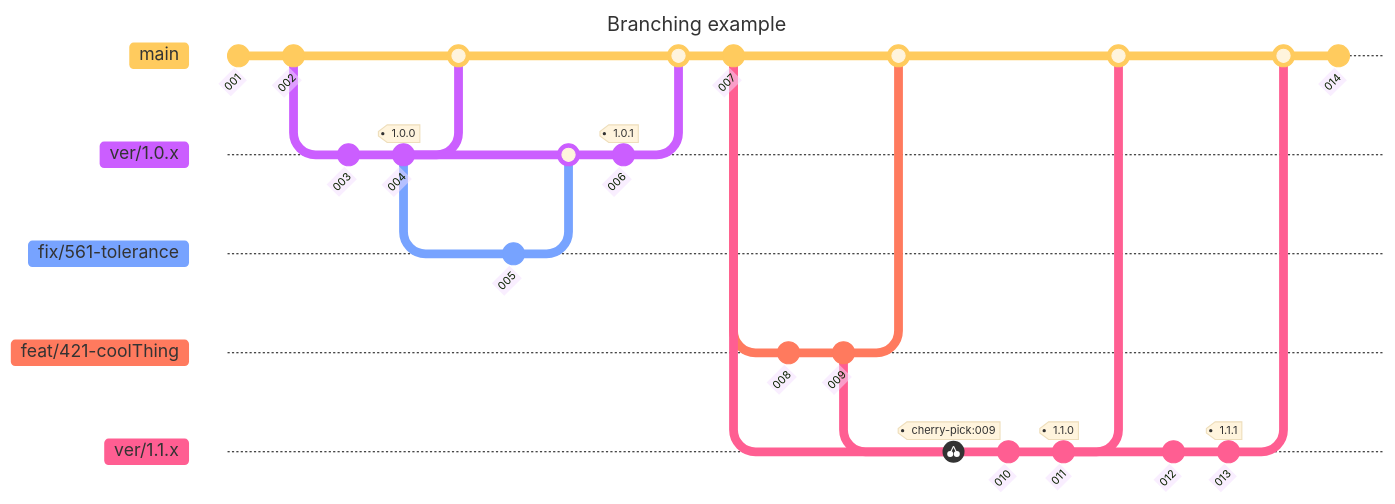
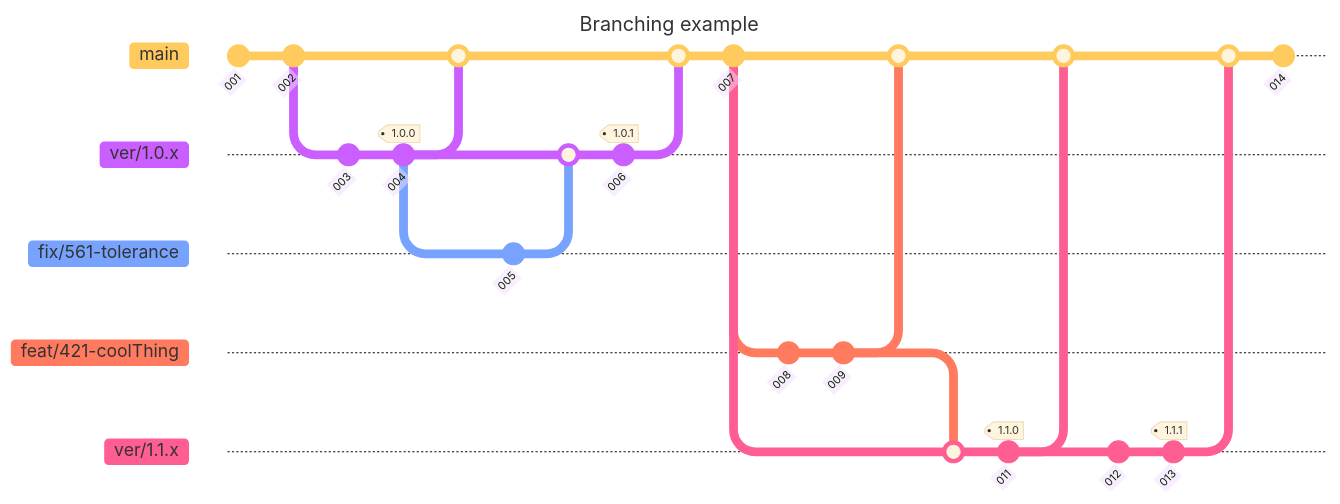
One commit to buildingSMART/template changed the diagram in .github/BRANCHING.md. Above: the diagram before and after it, drawn with Mermaid.

````diff
--- a/.github/BRANCHING.md
+++ b/.github/BRANCHING.md
@@ -32,48 +32,48 @@
 ```mermaid
 ---
 title: Branching example
 config:
   theme: 'base'
 ---
 gitGraph
    commit id: "001"
    commit id: "002"
    branch ver/1.0.x
    checkout ver/1.0.x
    commit id: "003"
    commit id: "004" tag: "1.0.0"
    checkout main
    merge ver/1.0.x
    checkout ver/1.0.x
    branch fix/561-tolerance
    checkout fix/561-tolerance
    commit id: "005"
    checkout ver/1.0.x
    merge fix/561-tolerance
    commit id: "006" tag: "1.0.1"
    checkout main
    merge ver/1.0.x
    commit id: "007"
    branch feat/421-coolThing
    checkout feat/421-coolThing
    commit id: "008"
    commit id: "009"
    checkout main  
    branch ver/1.1.x
    checkout main  
    merge feat/421-coolThing
    checkout ver/1.1.x
-   cherry-pick id: "009"
-   commit id: "010"
+   
+   merge feat/421-coolThing   
    commit id: "011" tag: "1.1.0"
    checkout main  
    merge ver/1.1.x
    checkout ver/1.1.x
    commit id: "012"
    commit id: "013" tag: "1.1.1"
    checkout main  
    merge ver/1.1.x
    checkout ver/1.1.x
    checkout main  
    commit id: "014"
 ```
````
